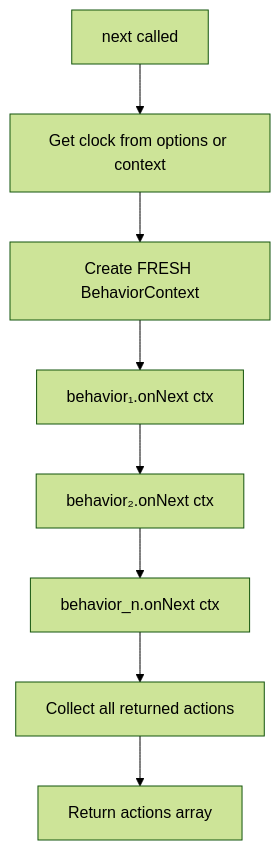
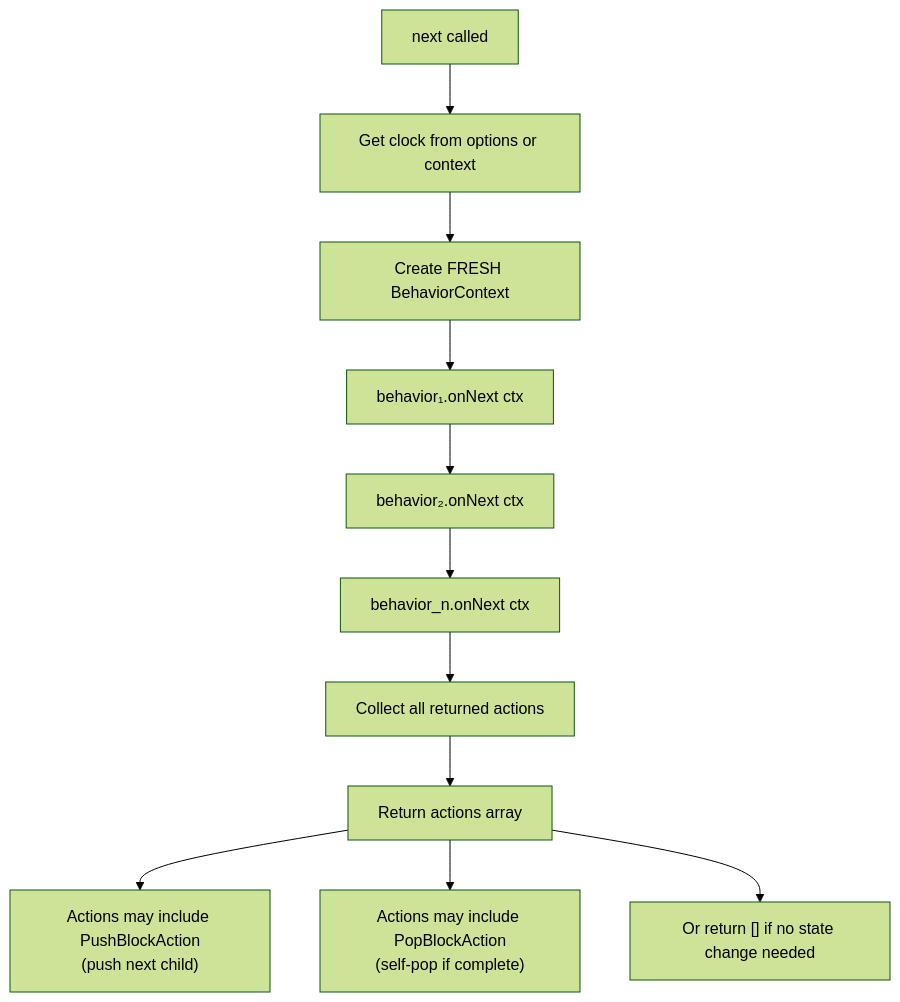
The fifth of 13 diagrams in docs/runtime-state-machine.md (SergeiGolos/wod-wiki), drawn with Mermaid (forest theme) before and after one commit. The commit also changed other lines of this file and 1 other file, not shown here.

````diff
--- a/docs/runtime-state-machine.md
+++ b/docs/runtime-state-machine.md
@@ -204,10 +251,14 @@
 ```mermaid
 flowchart TD
     N[next called] --> CK[Get clock from options or context]
     CK --> NC[Create FRESH BehaviorContext]
     NC --> B1[behavior₁.onNext ctx]
     B1 --> B2[behavior₂.onNext ctx]
     B2 --> BN[behavior_n.onNext ctx]
     BN --> CA[Collect all returned actions]
     CA --> RET[Return actions array]
+    
+    RET --> PUSH["Actions may include PushBlockAction\n(push next child)"]
+    RET --> POP["Actions may include PopBlockAction\n(self-pop if complete)"]
+    RET --> NONE["Or return [] if no state change needed"]
 ```
````
